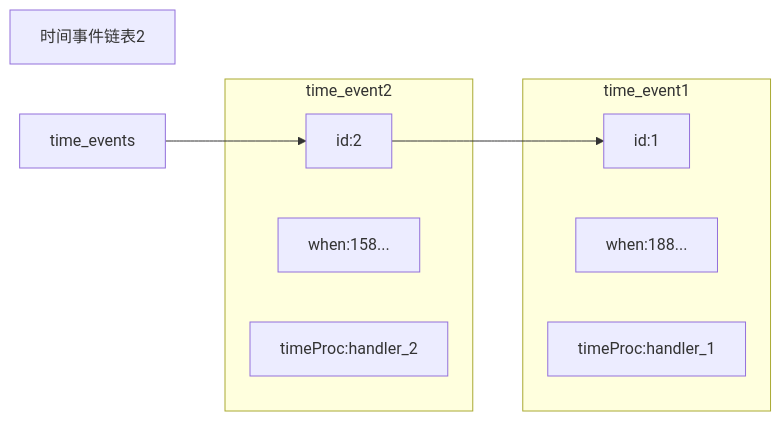
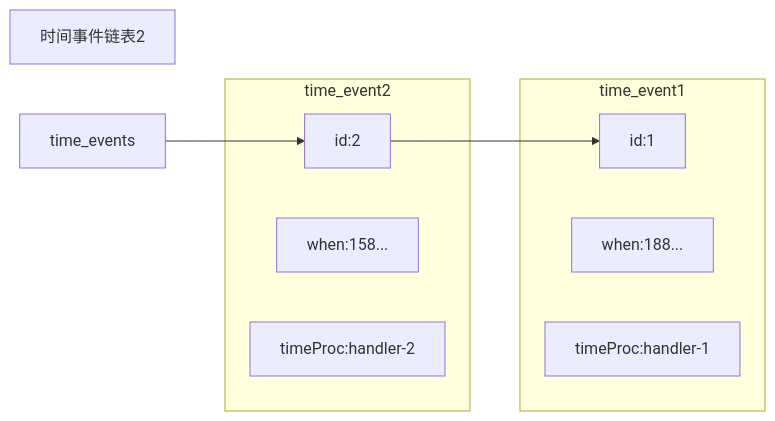
The sixth of 7 diagrams in md/redis/redis-事件.md (Never12581/study-demo), drawn with Mermaid before and after one commit. The commit also changed other lines of this file and 8 other files, not shown here.

````diff
--- a/md/redis/redis-事件.md
+++ b/md/redis/redis-事件.md
@@ -291,20 +291,20 @@
 ```mermaid
 graph LR
 title[时间事件链表2]
 
 time_events --> id:2
 
 subgraph time_event2
 id:2 
 when:158...
-timeProc:handler_2
+timeProc:handler-2
 end
 
 id:2 --> id:1
 subgraph time_event1
 id:1
 when:188...
-timeProc:handler_1
+timeProc:handler-1
 end
   
 ```
````
